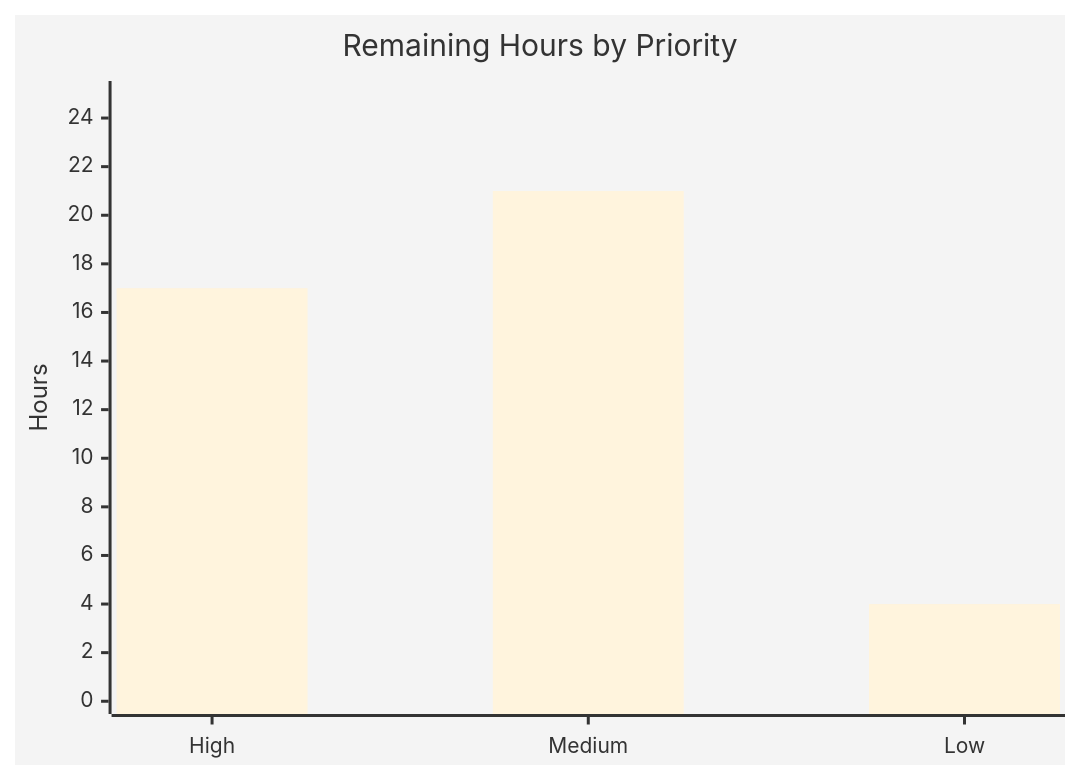
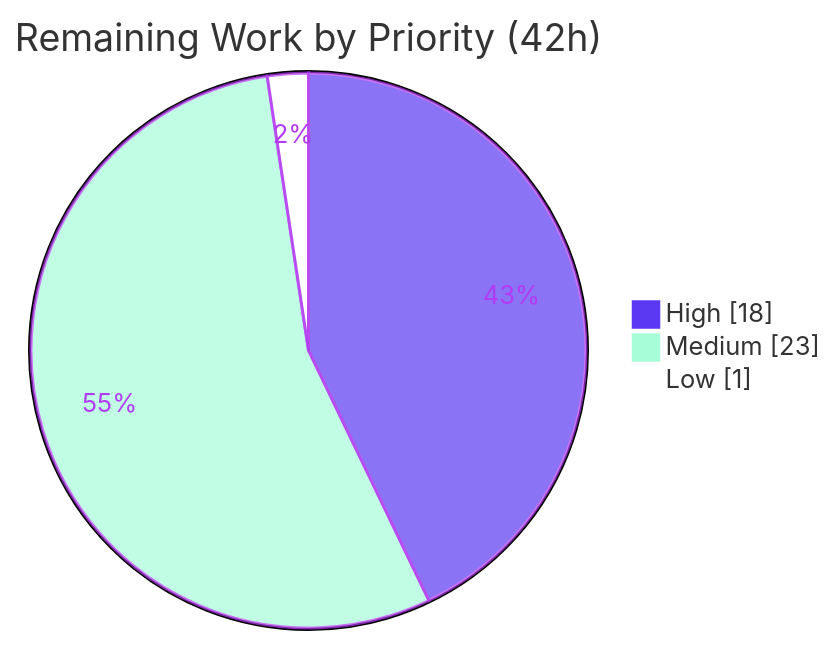
One commit to blitzy-public-samples/aws-carddemo-blitzy changed the third of 3 diagrams in blitzy/documentation/Project Guide.md. Above: the diagram before and after it, drawn with Mermaid. The commit also changed other lines of this file, not shown here.

Commit message:
Adding Blitzy Project Guide: Project Status and Human Tasks Remaining

````diff
--- a/blitzy/documentation/Project Guide.md
+++ b/blitzy/documentation/Project Guide.md
@@ -245,8 +234,7 @@
 ```mermaid
-%%{init: {'theme':'base'}}%%
-xychart-beta
-    title "Remaining Hours by Priority"
-    x-axis ["High", "Medium", "Low"]
-    y-axis "Hours" 0 --> 25
-    bar [17, 21, 4]
+%%{init: {'theme':'base','themeVariables':{'pie1':'#5B39F3','pie2':'#A8FDD9','pie3':'#FFFFFF','pieStrokeColor':'#B23AF2','pieStrokeWidth':'2px','pieSectionTextColor':'#B23AF2'}}}%%
+pie showData title Remaining Work by Priority (42h)
+    "High" : 18
+    "Medium" : 23
+    "Low" : 1
 ```
````
